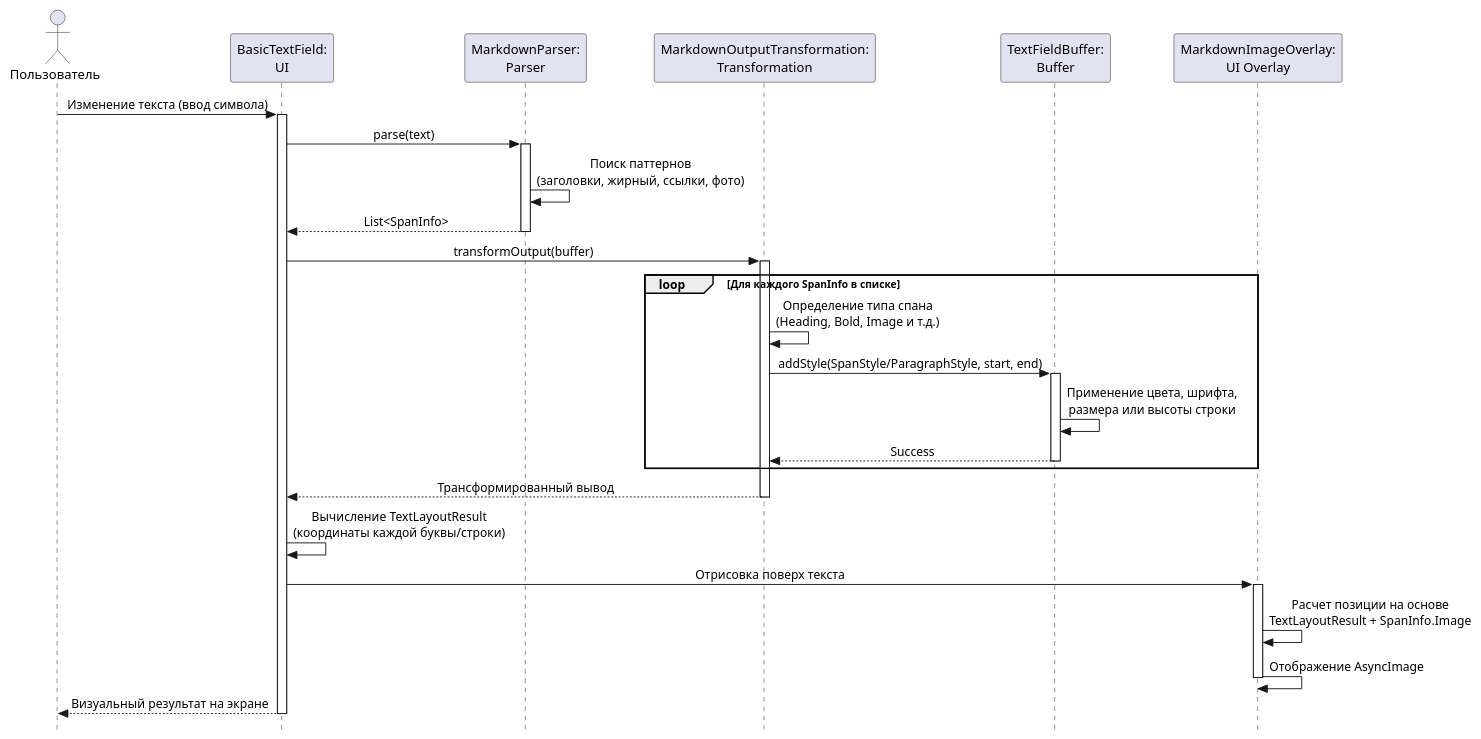
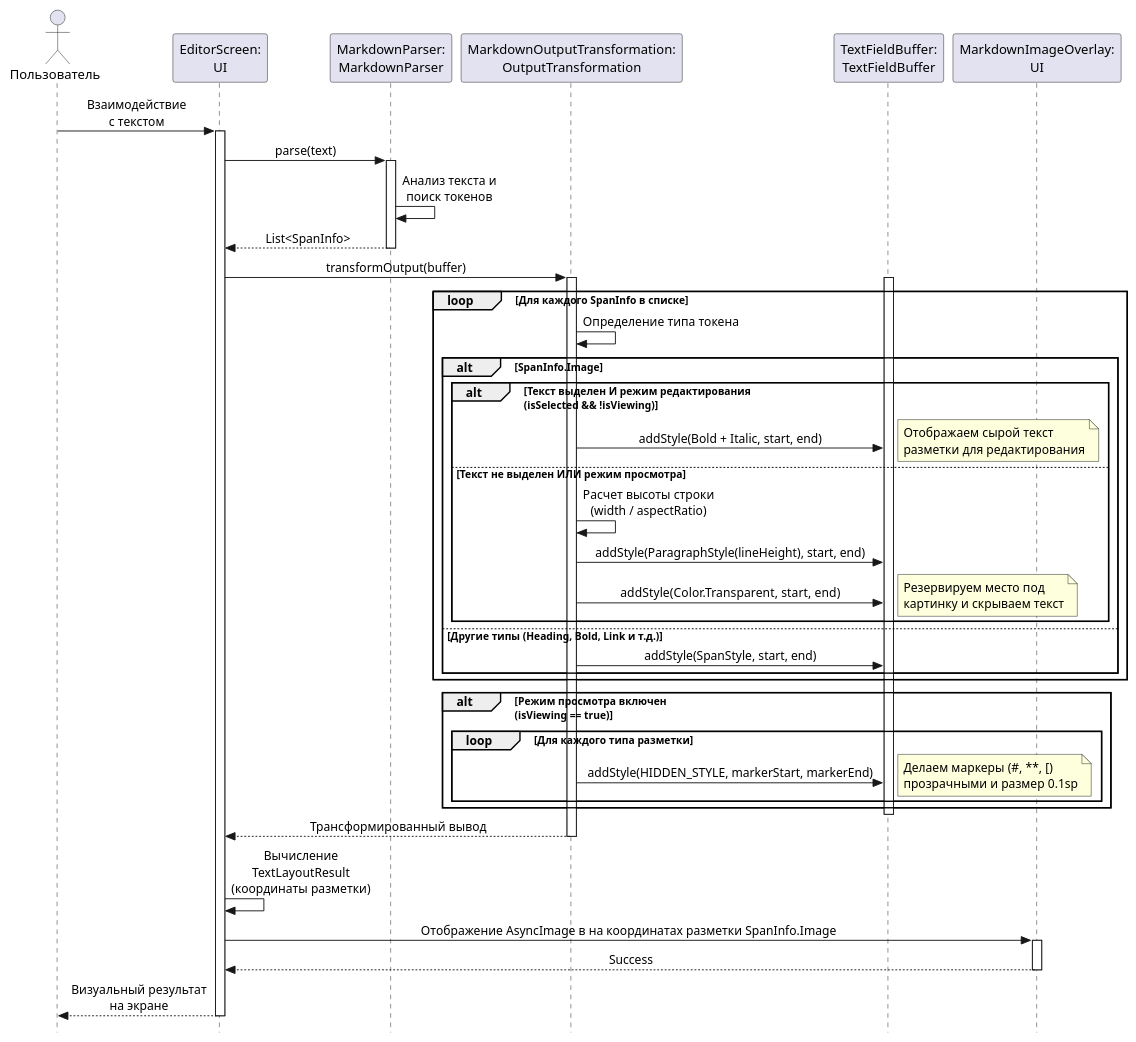
Before and after one commit to mangustc/markdown-editor: the diagram in plantuml/sequence-visual-transformation.puml, drawn with PlantUML. The commit also changed 5 other files, not shown here.

Commit message:
update diagrams

```diff
--- a/plantuml/sequence-visual-transformation.puml
+++ b/plantuml/sequence-visual-transformation.puml
@@ -1,48 +1,64 @@
 @startuml
 skinparam style strictuml
 skinparam sequenceMessageAlign center
 
 actor "Пользователь" as User
-participant "BasicTextField:\nUI" as TextField
-participant "MarkdownParser:\nParser" as Parser
-participant "MarkdownOutputTransformation:\nTransformation" as Transform
-participant "TextFieldBuffer:\nBuffer" as Buffer
-participant "MarkdownImageOverlay:\nUI Overlay" as Overlay
+participant "EditorScreen:\nUI" as EditorScreen
+participant "MarkdownParser:\nMarkdownParser" as Parser
+participant "MarkdownOutputTransformation:\nOutputTransformation" as Transform
+participant "TextFieldBuffer:\nTextFieldBuffer" as Buffer
+participant "MarkdownImageOverlay:\nUI" as Overlay
 
-User -> TextField : Изменение текста (ввод символа)
-activate TextField
+User -> EditorScreen : Взаимодействие\nс текстом
+activate EditorScreen
 
-TextField -> Parser : parse(text)
+EditorScreen -> Parser : parse(text)
 activate Parser
-Parser -> Parser : Поиск паттернов\n(заголовки, жирный, ссылки, фото)
-Parser --> TextField : List<SpanInfo>
+Parser -> Parser : Анализ текста и\nпоиск токенов
+Parser --> EditorScreen : List<SpanInfo>
 deactivate Parser
 
-TextField -> Transform : transformOutput(buffer)
+EditorScreen -> Transform : transformOutput(buffer)
 activate Transform
+activate Buffer
 
 loop Для каждого SpanInfo в списке
-    Transform -> Transform : Определение типа спана\n(Heading, Bold, Image и т.д.)
+    Transform -> Transform : Определение типа токена
 
-    Transform -> Buffer : addStyle(SpanStyle/ParagraphStyle, start, end)
-    activate Buffer
-    Buffer -> Buffer : Применение цвета, шрифта,\nразмера или высоты строки
-    Buffer --> Transform : Success
-    deactivate Buffer
+    alt SpanInfo.Image
+        alt Текст выделен И режим редактирования\n(isSelected && !isViewing)
+            Transform -> Buffer : addStyle(Bold + Italic, start, end)
+            note right: Отображаем сырой текст\nразметки для редактирования
+        else Текст не выделен ИЛИ режим просмотра
+            Transform -> Transform : Расчет высоты строки\n(width / aspectRatio)
+            Transform -> Buffer : addStyle(ParagraphStyle(lineHeight), start, end)
+            Transform -> Buffer : addStyle(Color.Transparent, start, end)
+            note right: Резервируем место под\nкартинку и скрываем текст
+        end
+    else Другие типы (Heading, Bold, Link и т.д.)
+        Transform -> Buffer : addStyle(SpanStyle, start, end)
+    end
 end
 
-Transform --> TextField : Трансформированный вывод
+alt Режим просмотра включен\n(isViewing == true)
+    loop Для каждого типа разметки
+        Transform -> Buffer : addStyle(HIDDEN_STYLE, markerStart, markerEnd)
+        note right: Делаем маркеры (#, **, [) \nпрозрачными и размер 0.1sp
+    end
+end
+    deactivate Buffer
+
+Transform --> EditorScreen : Трансформированный вывод
 deactivate Transform
 
-TextField -> TextField : Вычисление TextLayoutResult\n(координаты каждой буквы/строки)
+EditorScreen -> EditorScreen : Вычисление\nTextLayoutResult\n(координаты разметки)
 
-TextField -> Overlay : Отрисовка поверх текста
+EditorScreen -> Overlay : Отображение AsyncImage в на координатах разметки SpanInfo.Image
 activate Overlay
-Overlay -> Overlay : Расчет позиции на основе\nTextLayoutResult + SpanInfo.Image
-Overlay -> Overlay : Отображение AsyncImage
+Overlay --> EditorScreen : Success
 deactivate Overlay
+EditorScreen --> User : Визуальный результат\nна экране
 
-TextField --> User : Визуальный результат на экране
-deactivate TextField
+deactivate EditorScreen
 
 @enduml
```
